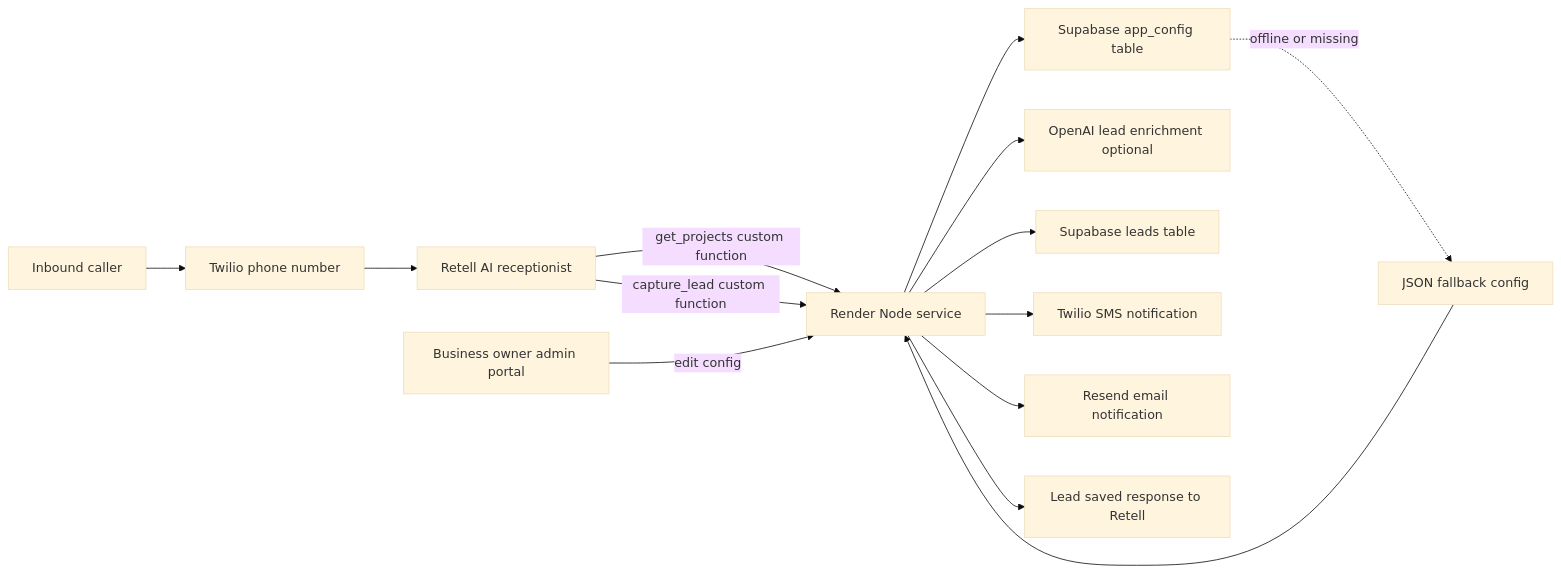
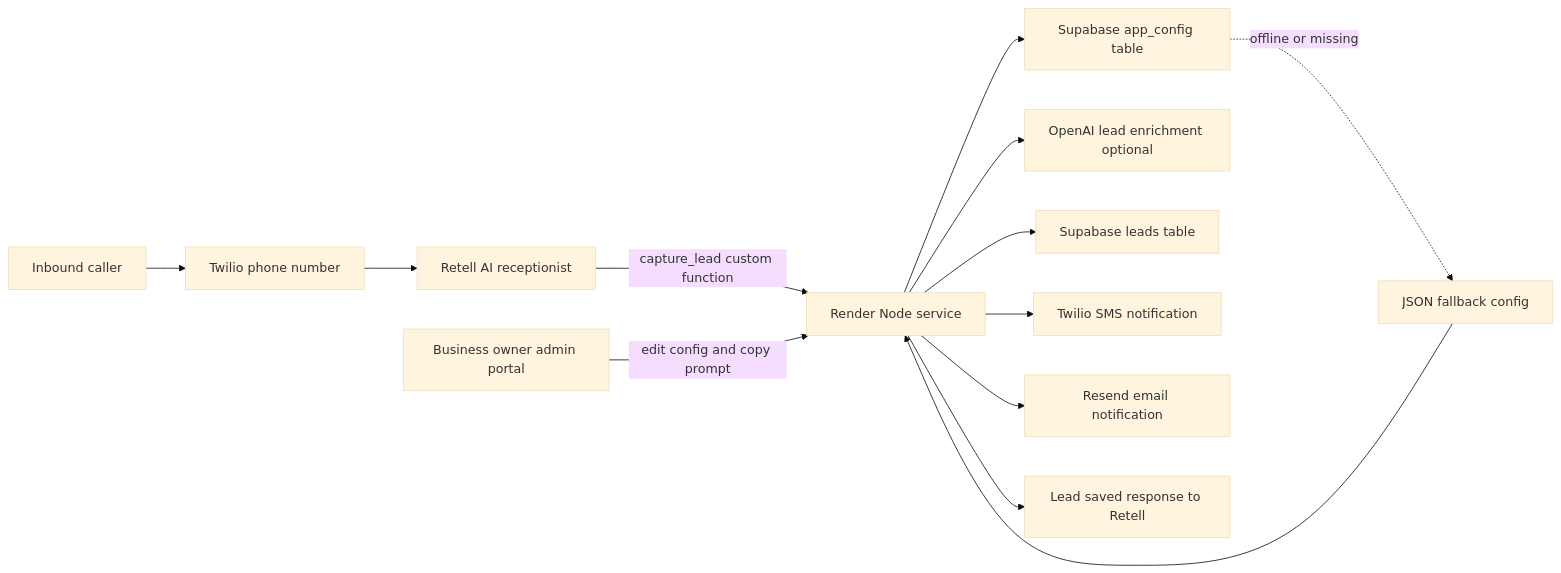
The diagram in README.md (LindaLiu2013/retell-twilio-supabase-realestate-demo), drawn with Mermaid (base theme) before and after one commit. The commit also changed other lines of this file and 3 other files, not shown here.

Commit message:
Add admin-generated Retell prompt workflow

````diff
--- a/README.md
+++ b/README.md
@@ -9,16 +9,15 @@
 ```mermaid
 flowchart LR
   Caller["Inbound caller"] --> Twilio["Twilio phone number"]
   Twilio --> Retell["Retell AI receptionist"]
-  Retell -->|"get_projects custom function"| API["Render Node service"]
   Retell -->|"capture_lead custom function"| API["Render Node service"]
-  Admin["Business owner admin portal"] -->|"edit config"| API
+  Admin["Business owner admin portal"] -->|"edit config and copy prompt"| API
   API --> Config["Supabase app_config table"]
   Config -. "offline or missing" .-> JSON["JSON fallback config"]
   JSON --> API
   API --> OpenAI["OpenAI lead enrichment optional"]
   API --> Supabase["Supabase leads table"]
   API --> SMS["Twilio SMS notification"]
   API --> Email["Resend email notification"]
   API --> RetellResult["Lead saved response to Retell"]
 ```
````
